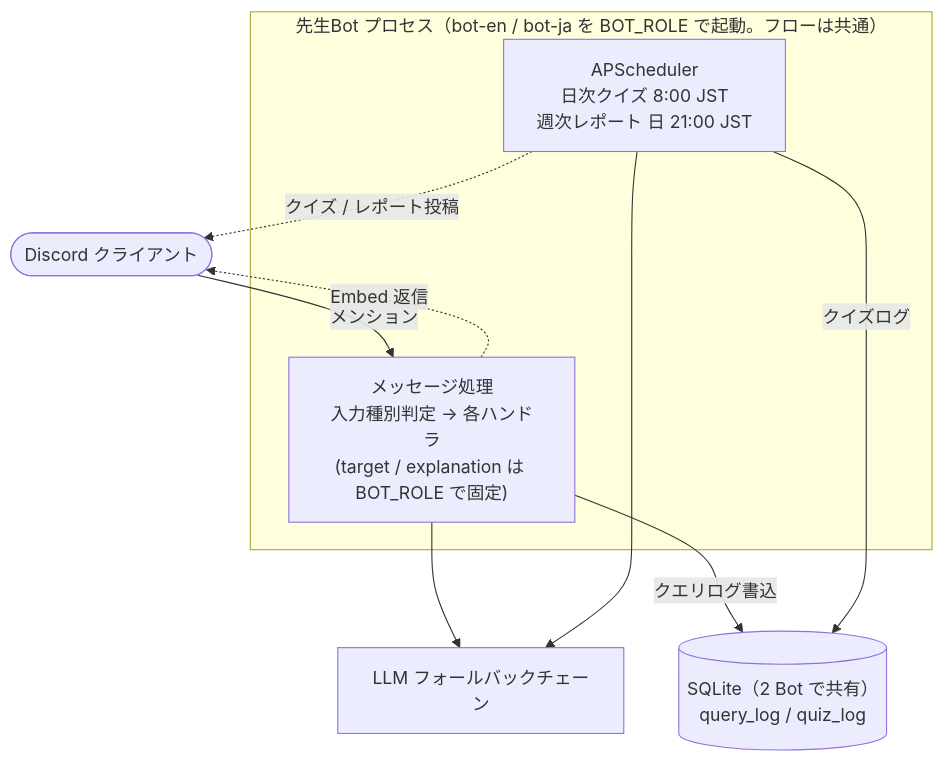
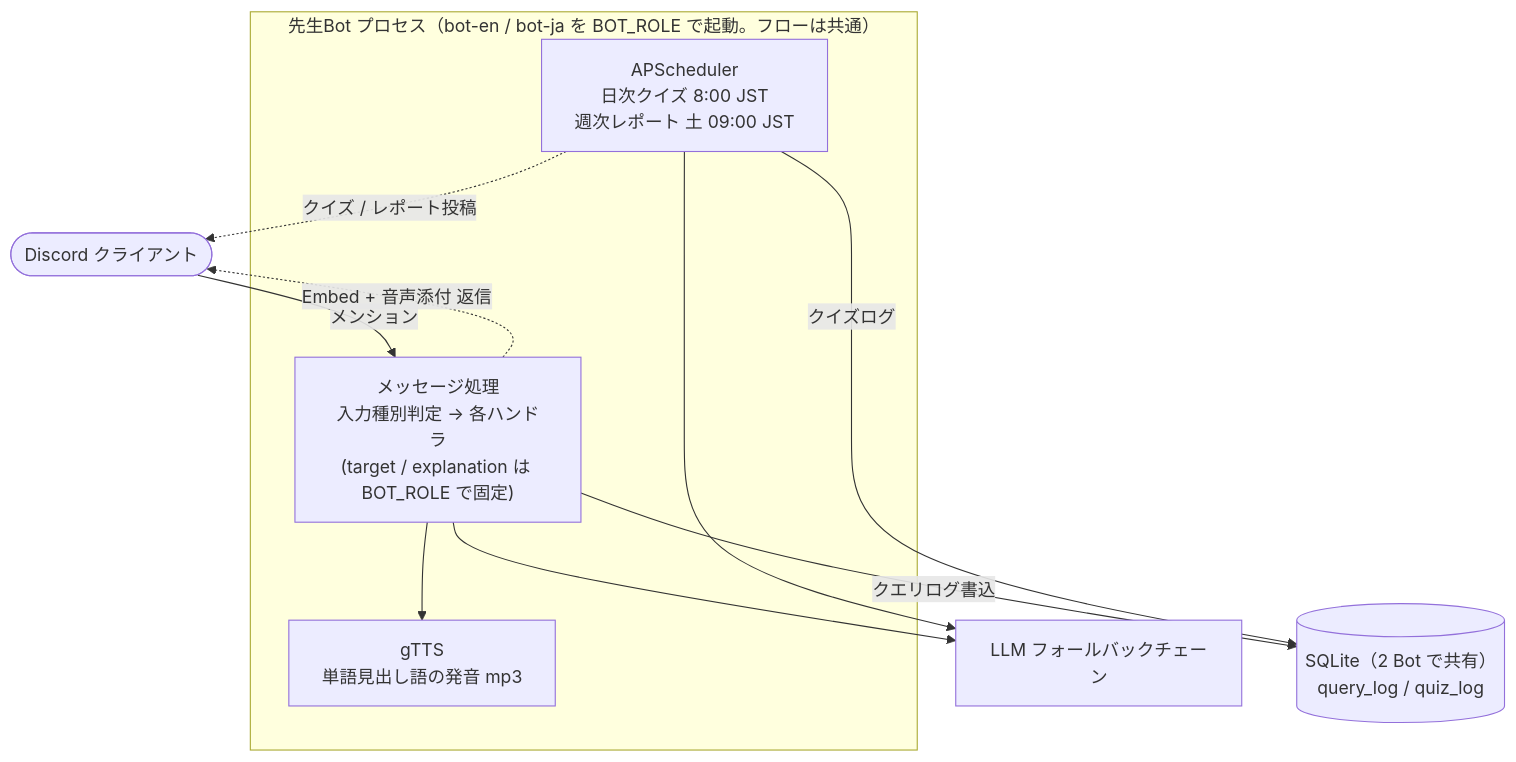
Before and after one commit to IwatsukaYura/discord-bot-language-teacher: the diagram in docs/architecture.md, drawn with Mermaid. The commit also changed other lines of this file and 4 other files, not shown here.

````diff
--- a/docs/architecture.md
+++ b/docs/architecture.md
@@ -39,20 +40,22 @@
 ```mermaid
 flowchart TD
     Discord(["Discord クライアント"])
 
     subgraph proc["先生Bot プロセス（bot-en / bot-ja を BOT_ROLE で起動。フローは共通）"]
         Bot["メッセージ処理<br/>入力種別判定 → 各ハンドラ<br/>(target / explanation は BOT_ROLE で固定)"]
-        Sched["APScheduler<br/>日次クイズ 8:00 JST<br/>週次レポート 日 21:00 JST"]
+        TTS["gTTS<br/>単語見出し語の発音 mp3"]
+        Sched["APScheduler<br/>日次クイズ 8:00 JST<br/>週次レポート 土 09:00 JST"]
     end
 
     LLM["LLM フォールバックチェーン"]
     DB[("SQLite（2 Bot で共有）<br/>query_log / quiz_log")]
 
     Discord -->|"メンション"| Bot
     Bot --> LLM
+    Bot --> TTS
     Sched --> LLM
     Bot -->|"クエリログ書込"| DB
     Sched -->|"クイズログ"| DB
-    Bot -.->|"Embed 返信"| Discord
+    Bot -.->|"Embed + 音声添付 返信"| Discord
     Sched -.->|"クイズ / レポート投稿"| Discord
 ```
````
